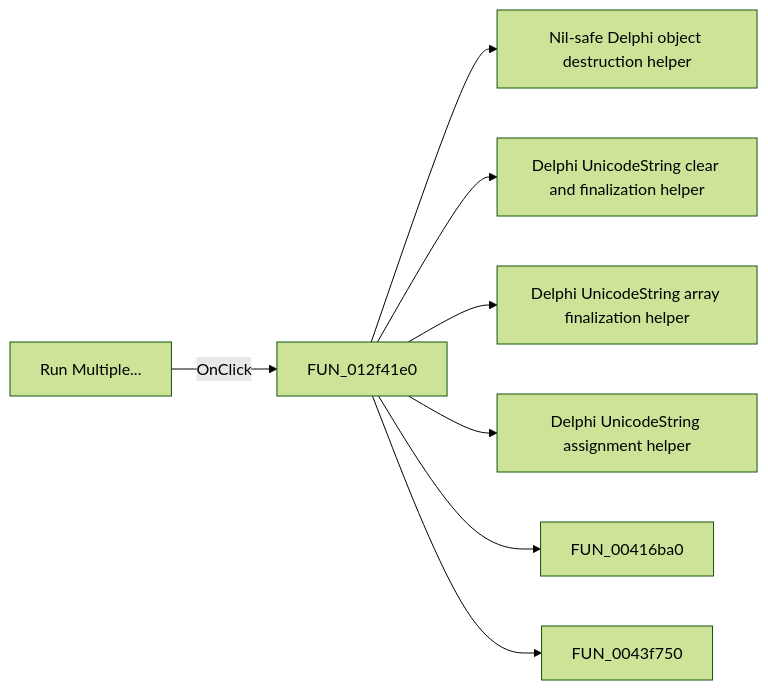
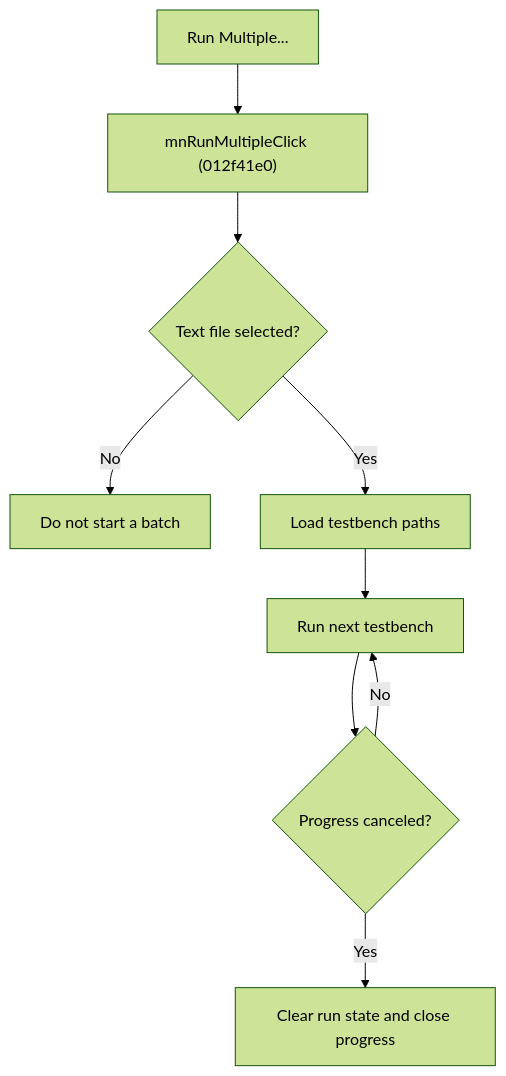
One commit to MovGP0/TIARA changed the diagram in docs/ui-controls/frmmodeltestbencheditor/mnrunmultiple-3cecc48a3d.md. Above: the diagram before and after it, drawn with Mermaid (forest theme). The commit also changed other lines of this file and 387 other files, not shown here.

````diff
--- a/docs/ui-controls/frmmodeltestbencheditor/mnrunmultiple-3cecc48a3d.md
+++ b/docs/ui-controls/frmmodeltestbencheditor/mnrunmultiple-3cecc48a3d.md
@@ -27,10 +29,11 @@
 ```mermaid
-flowchart LR
-    control["Run Multiple..."] -->|OnClick| handler["FUN_012f41e0"]
-    handler --> call1["Nil-safe Delphi object destruction helper"]
-    handler --> call2["Delphi UnicodeString clear and finalization helper"]
-    handler --> call3["Delphi UnicodeString array finalization helper"]
-    handler --> call4["Delphi UnicodeString assignment helper"]
-    handler --> call5["FUN_00416ba0"]
-    handler --> call6["FUN_0043f750"]
+flowchart TD
+    control["Run Multiple..."] --> handler["mnRunMultipleClick (012f41e0)"]
+    handler --> accepted{"Text file selected?"}
+    accepted -->|No| stop["Do not start a batch"]
+    accepted -->|Yes| lines["Load testbench paths"]
+    lines --> run["Run next testbench"]
+    run --> cancel{"Progress canceled?"}
+    cancel -->|No| run
+    cancel -->|Yes| cleanup["Clear run state and close progress"]
 ```
````
